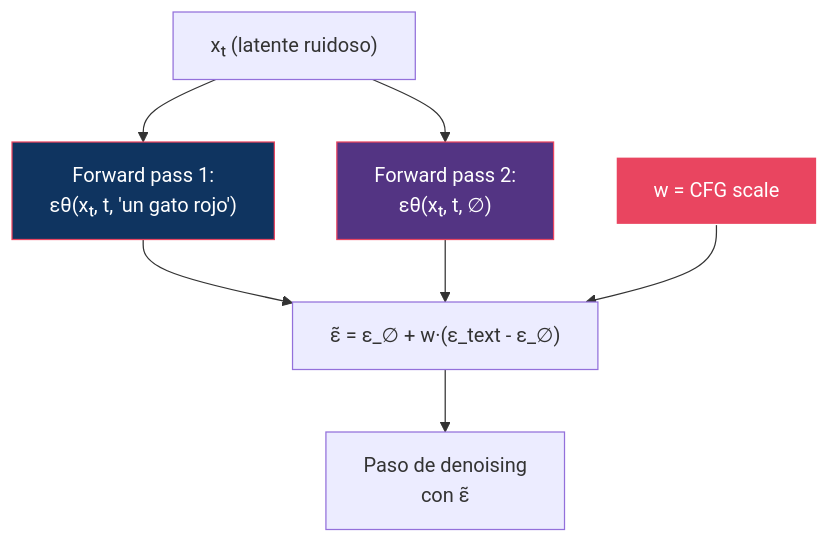
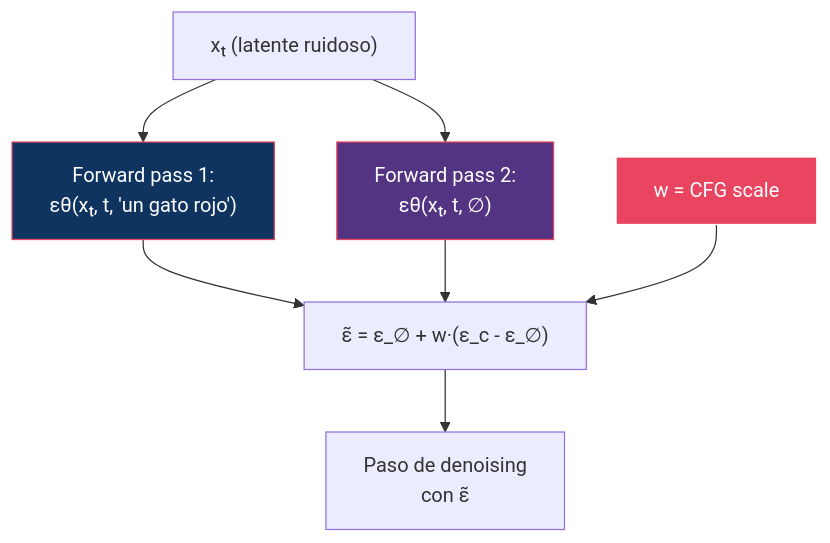
Before and after one commit to DavidDevGt/DifusionReal: the second of 2 diagrams in 09-guidance/README.md, drawn with Mermaid. The commit also changed other lines of this file, not shown here.

````diff
--- a/09-guidance/README.md
+++ b/09-guidance/README.md
@@ -103,16 +112,16 @@
 ```mermaid
 graph TB
     ZT["xₜ (latente ruidoso)"] --> COND["Forward pass 1:<br/>εθ(xₜ, t, 'un gato rojo')"]
     ZT --> UNCOND["Forward pass 2:<br/>εθ(xₜ, t, ∅)"]
 
-    COND --> COMBINE["ε̃ = ε_∅ + w·(ε_text - ε_∅)"]
+    COND --> COMBINE["ε̃ = ε_∅ + w·(ε_c - ε_∅)"]
     UNCOND --> COMBINE
 
     COMBINE --> STEP["Paso de denoising<br/>con ε̃"]
 
     W["w = CFG scale"] --> COMBINE
 
     style COND fill:#0f3460,stroke:#e94560,color:#fff
     style UNCOND fill:#533483,stroke:#e94560,color:#fff
     style W fill:#e94560,stroke:#fff,color:#fff
 ```
````
